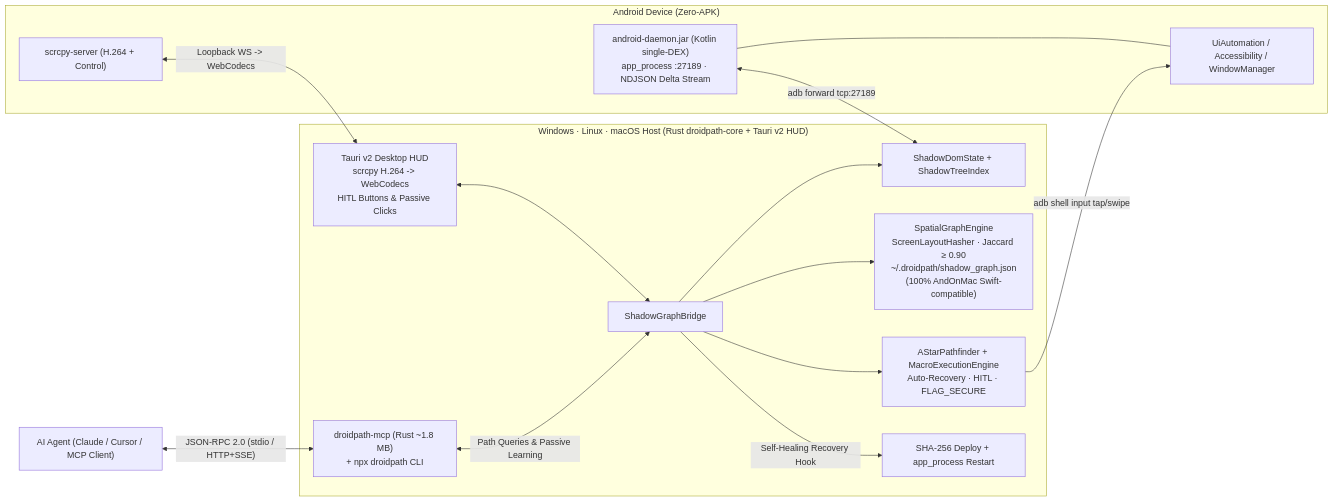
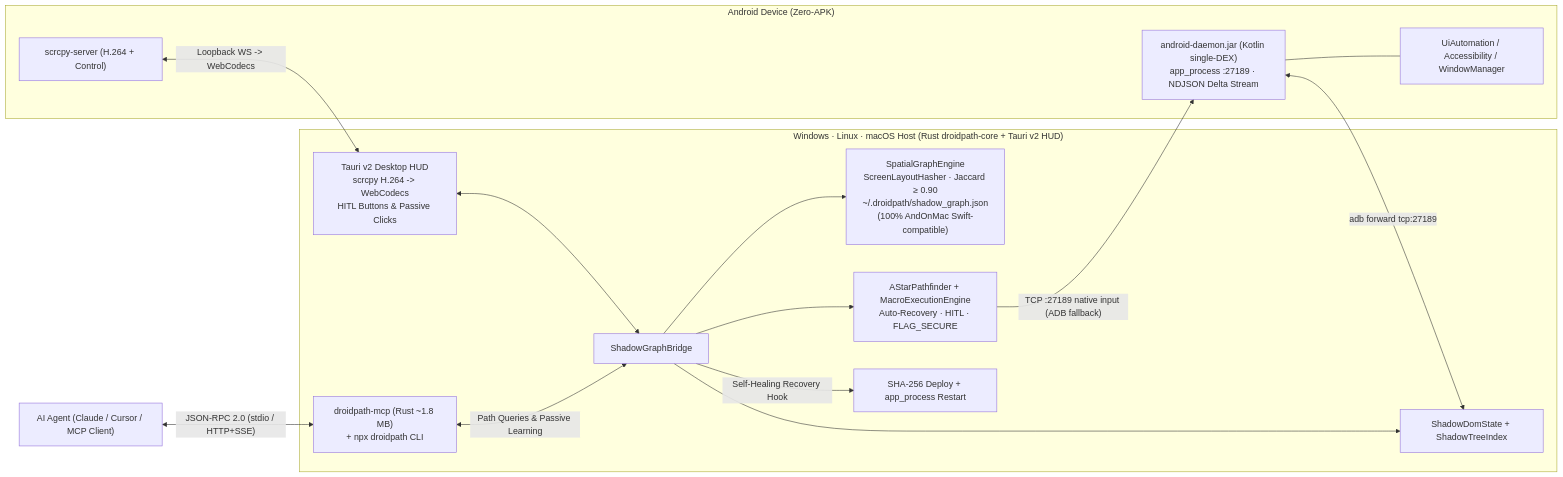
Before and after one commit to V0val0x/DroidPath: the diagram in README.md, drawn with Mermaid. The commit also changed other lines of this file and 19 other files, not shown here.

Commit message:
chore(v2.1.0): harden android-daemon input/queue handling, unify showcase GIF & docs, bump v2.1.0

````diff
--- a/README.md
+++ b/README.md
@@ -56,24 +56,24 @@
 ```mermaid
 flowchart LR
     Agent["AI Agent (Claude / Cursor / MCP Client)"] <-->|"JSON-RPC 2.0 (stdio / HTTP+SSE)"| CLI["droidpath-mcp (Rust ~1.8 MB)\n+ npx droidpath CLI"]
 
     subgraph Host["Windows · Linux · macOS Host (Rust droidpath-core + Tauri v2 HUD)"]
         CLI <-->|"Path Queries & Passive Learning"| Bridge["ShadowGraphBridge"]
         HUD["Tauri v2 Desktop HUD\nscrcpy H.264 -> WebCodecs\nHITL Buttons & Passive Clicks"] <--> Bridge
         Bridge --> DOM["ShadowDomState + ShadowTreeIndex"]
         Bridge --> Graph["SpatialGraphEngine\nScreenLayoutHasher · Jaccard ≥ 0.90\n~/.droidpath/shadow_graph.json\n(100% AndOnMac Swift-compatible)"]
         Bridge --> AStar["AStarPathfinder + MacroExecutionEngine\nAuto-Recovery · HITL · FLAG_SECURE"]
         Bridge -->|"Self-Healing Recovery Hook"| Recovery["SHA-256 Deploy + app_process Restart"]
     end
 
     subgraph Android["Android Device (Zero-APK)"]
         Daemon["android-daemon.jar (Kotlin single-DEX)\napp_process :27189 · NDJSON Delta Stream"]
         Scrcpy["scrcpy-server (H.264 + Control)"]
         Sys["UiAutomation / Accessibility / WindowManager"]
     end
 
     Daemon <-->|"adb forward tcp:27189"| DOM
     Scrcpy <-->|"Loopback WS -> WebCodecs"| HUD
-    AStar -->|"adb shell input tap/swipe"| Sys
+    AStar -->|"TCP :27189 native input (ADB fallback)"| Daemon
     Daemon --- Sys
 ```
````
